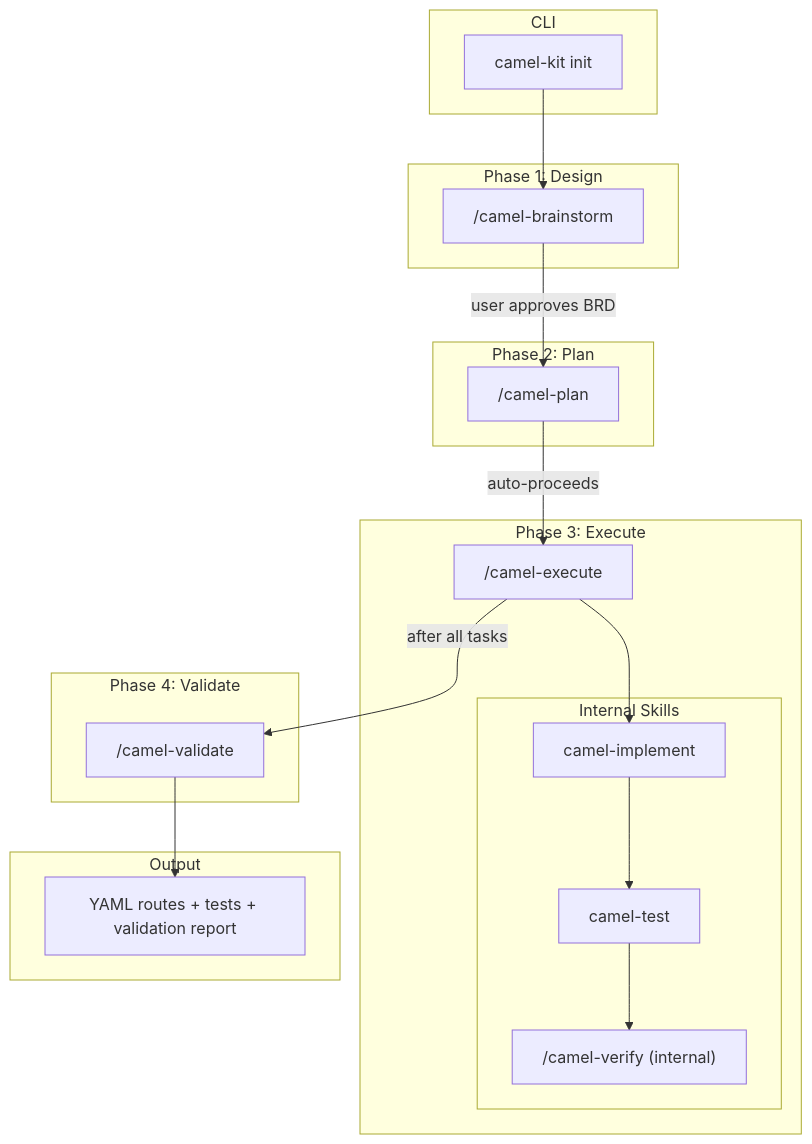
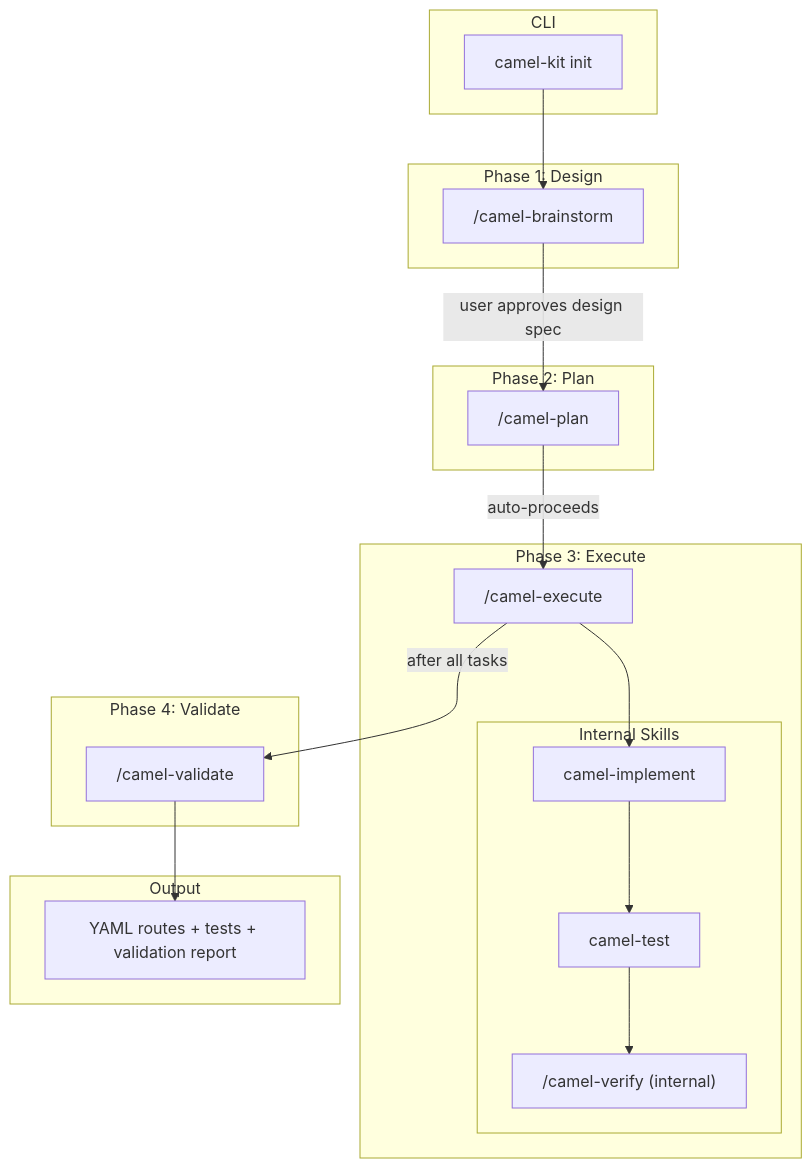
Before and after one commit to luigidemasi/camel-kit: the third of 3 diagrams in docs/user-guide.md, drawn with Mermaid. The commit also changed other lines of this file and 29 other files, not shown here.

````diff
--- a/docs/user-guide.md
+++ b/docs/user-guide.md
@@ -226,33 +226,33 @@
 ```mermaid
 flowchart TB
     subgraph CLI
         A["camel-kit init"]
     end
     subgraph "Phase 1: Design"
         B["/camel-brainstorm"]
     end
     subgraph "Phase 2: Plan"
         C["/camel-plan"]
     end
     subgraph "Phase 3: Execute"
         D["/camel-execute"]
         subgraph "Internal Skills"
             I["camel-implement"]
             T["camel-test"]
             R["/camel-verify (internal)"]
         end
     end
     subgraph "Phase 4: Validate"
         VF["/camel-validate"]
     end
     subgraph Output
         E["YAML routes + tests + validation report"]
     end
 
     A --> B
-    B -->|"user approves BRD"| C
+    B -->|"user approves design spec"| C
     C -->|"auto-proceeds"| D
     D --> I --> T --> R
     D -->|"after all tasks"| VF
     VF --> E
 ```
````
